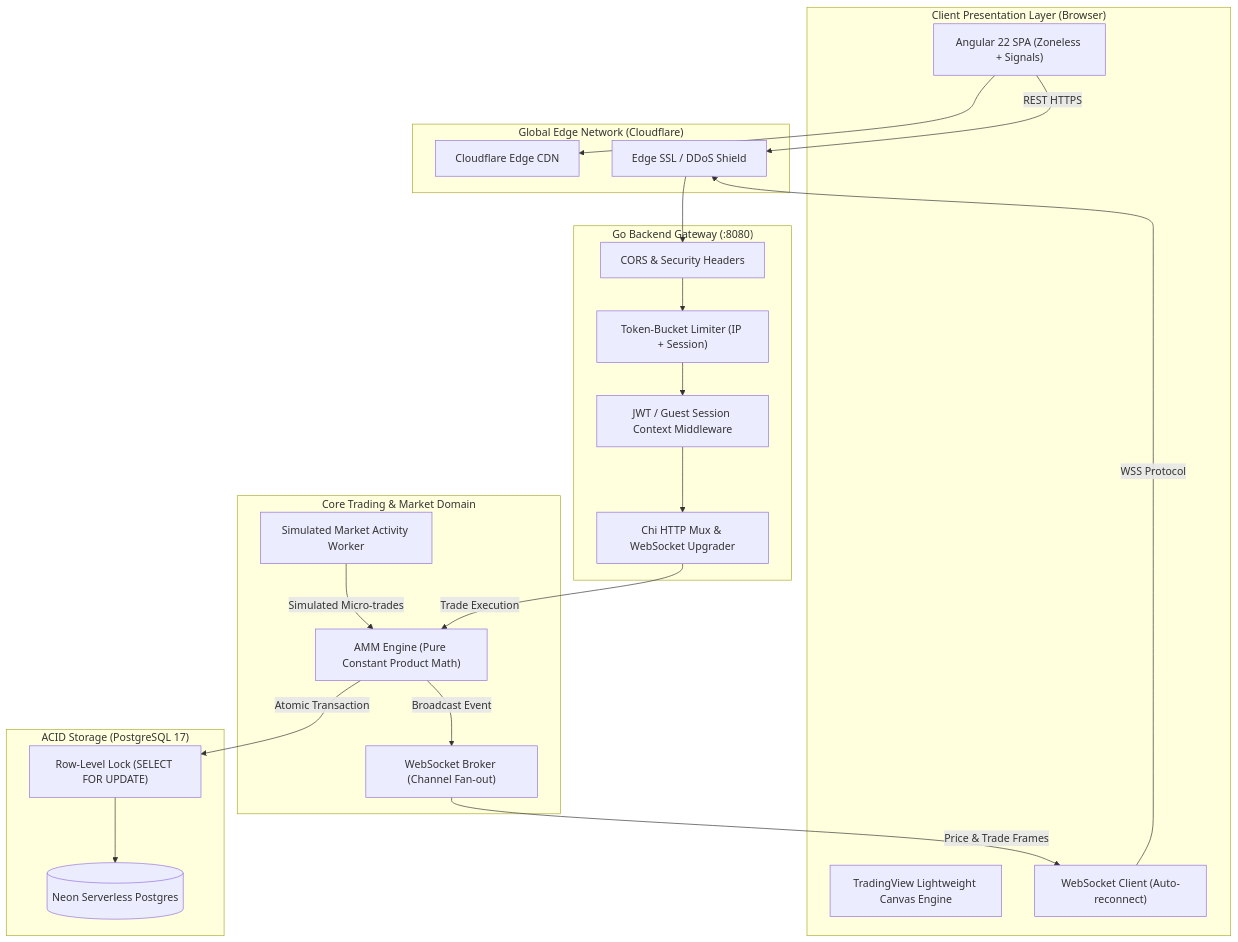
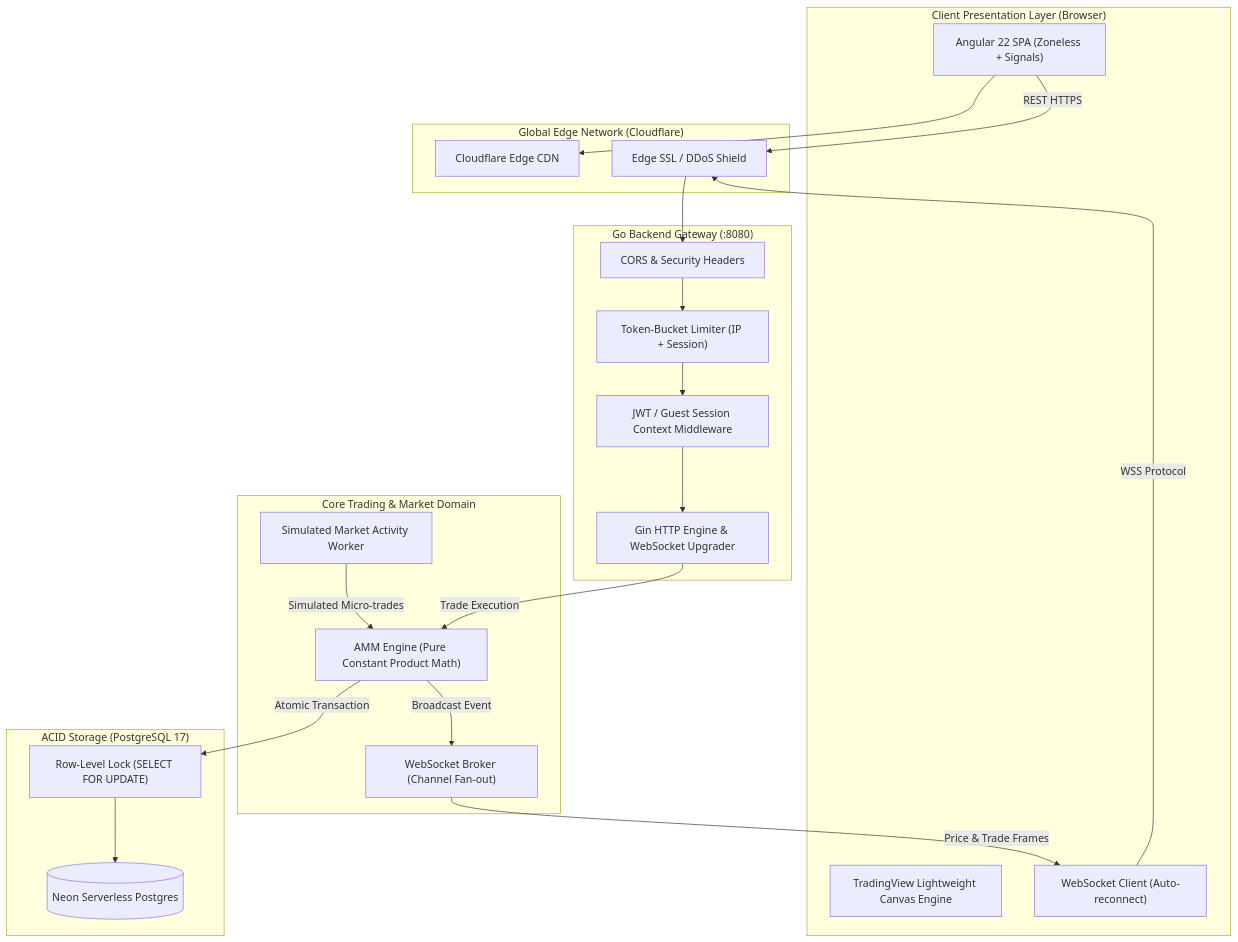
The first of 5 diagrams in target/ARCHITECTURE.md (Avinaba-Mazumdar/bayes-market), drawn with Mermaid before and after one commit. The commit also changed other lines of this file and 2 other files, not shown here.

Commit message:
using Gin

````diff
--- a/target/ARCHITECTURE.md
+++ b/target/ARCHITECTURE.md
@@ -79,46 +79,46 @@
 ```mermaid
 graph TB
     subgraph ClientLayer ["Client Presentation Layer (Browser)"]
         UI["Angular 22 SPA (Zoneless + Signals)"]
         TVChart["TradingView Lightweight Canvas Engine"]
         WSSub["WebSocket Client (Auto-reconnect)"]
     end
 
     subgraph EdgeLayer ["Global Edge Network (Cloudflare)"]
         CDN["Cloudflare Edge CDN"]
         SSL["Edge SSL / DDoS Shield"]
     end
 
     subgraph GatewayLayer ["Go Backend Gateway (:8080)"]
         CORS["CORS & Security Headers"]
         RateLimit["Token-Bucket Limiter (IP + Session)"]
         AuthCtx["JWT / Guest Session Context Middleware"]
-        Router["Chi HTTP Mux & WebSocket Upgrader"]
+        Router["Gin HTTP Engine & WebSocket Upgrader"]
     end
 
     subgraph EngineLayer ["Core Trading & Market Domain"]
         AMM["AMM Engine (Pure Constant Product Math)"]
         WSHub["WebSocket Broker (Channel Fan-out)"]
         TickerBot["Simulated Market Activity Worker"]
     end
 
     subgraph PersistenceLayer ["ACID Storage (PostgreSQL 17)"]
         DB[(Neon Serverless Postgres)]
         PoolLock["Row-Level Lock (SELECT FOR UPDATE)"]
     end
 
     UI --> CDN
     UI -->|REST HTTPS| SSL
     WSSub -->|WSS Protocol| SSL
     SSL --> CORS
     CORS --> RateLimit
     RateLimit --> AuthCtx
     AuthCtx --> Router
 
     Router -->|Trade Execution| AMM
     AMM -->|Atomic Transaction| PoolLock
     PoolLock --> DB
     AMM -->|Broadcast Event| WSHub
     TickerBot -->|Simulated Micro-trades| AMM
     WSHub -->|Price & Trade Frames| WSSub
 ```
````
